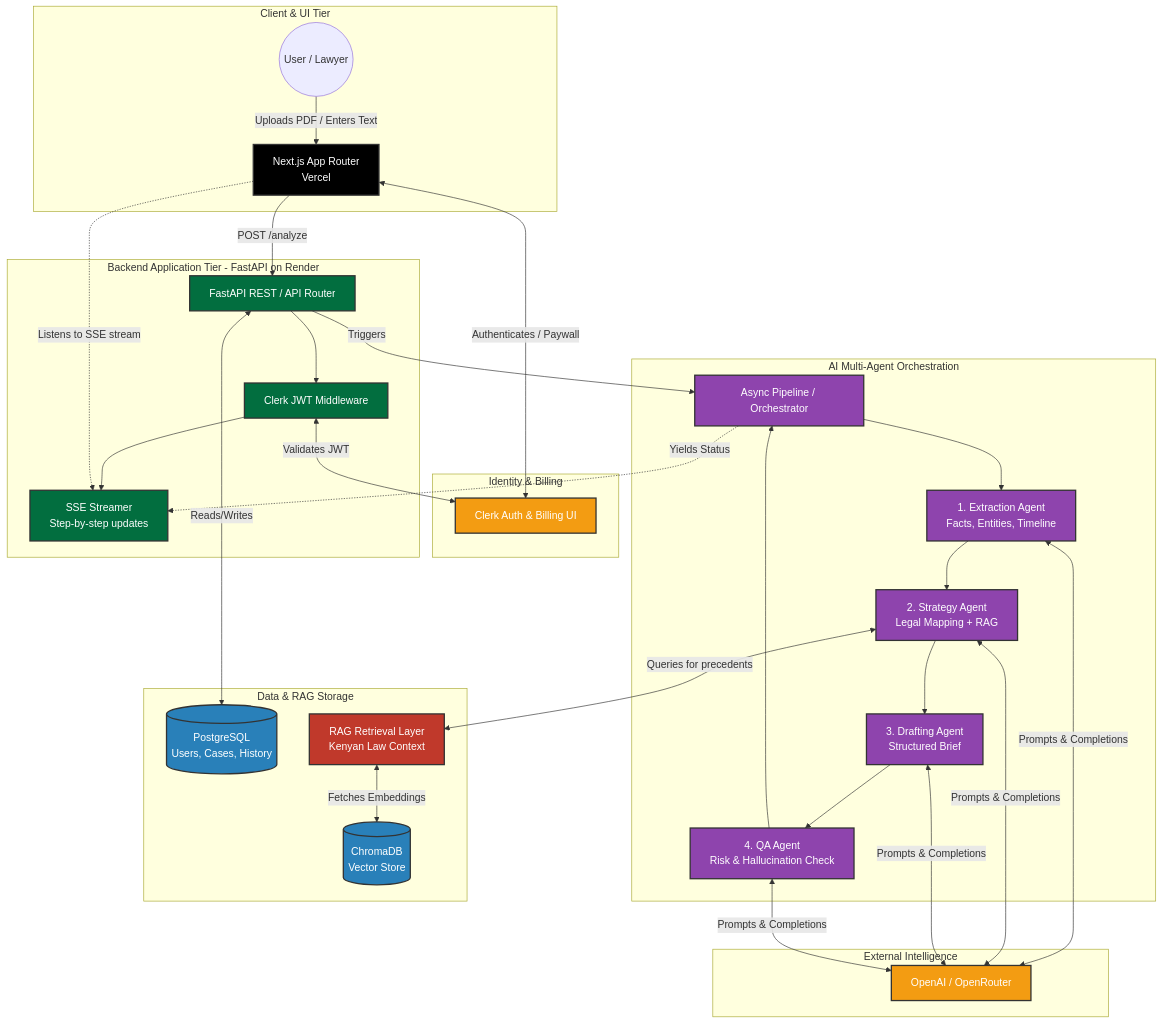
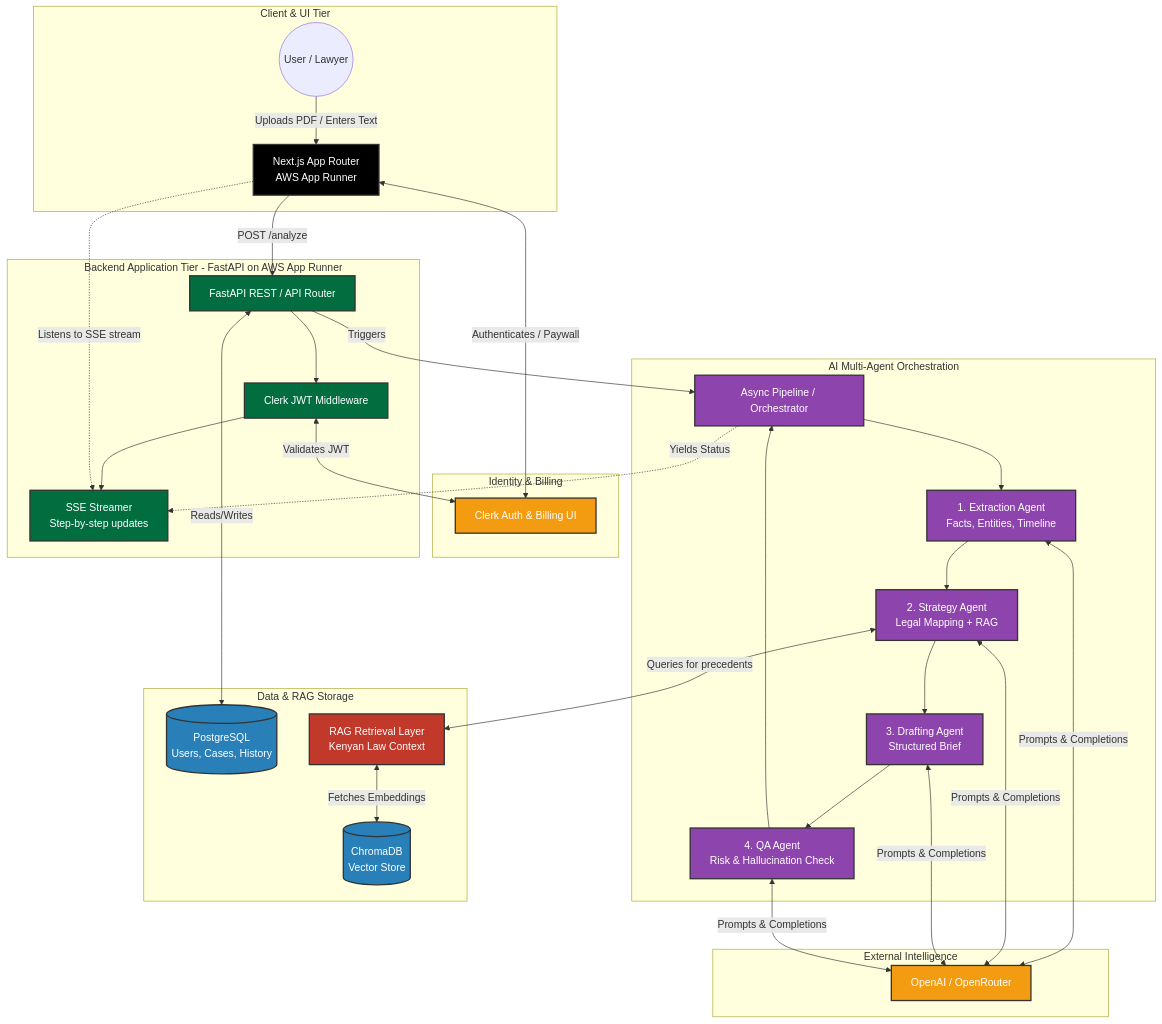
Before and after one commit to damola-sd/litigation_assistant: the diagram in README.md, drawn with Mermaid. The commit also changed other lines of this file and 4 other files, not shown here.

Commit message:
Update deployment instructions to AWS App Runner and Aurora Serverless v2 in documentation

````diff
--- a/README.md
+++ b/README.md
@@ -24,66 +24,66 @@
 ```mermaid
 flowchart TB
     classDef frontend fill:#000000,stroke:#333,stroke-width:2px,color:#fff
     classDef backend fill:#026e3f,stroke:#333,stroke-width:2px,color:#fff
     classDef external fill:#f39c12,stroke:#333,stroke-width:2px,color:#fff
     classDef database fill:#2980b9,stroke:#333,stroke-width:2px,color:#fff
     classDef agent fill:#8e44ad,stroke:#333,stroke-width:2px,color:#fff
     classDef rag fill:#c0392b,stroke:#333,stroke-width:2px,color:#fff
 
     subgraph Client_Tier [Client & UI Tier]
         U((User / Lawyer))
-        FE[Next.js App Router<br>Vercel]:::frontend
+        FE[Next.js App Router<br>AWS App Runner]:::frontend
     end
 
     subgraph External_Services[Identity & Billing]
         Clerk[Clerk Auth & Billing UI]:::external
     end
 
-    subgraph Backend_Tier [Backend Application Tier - FastAPI on Render]
+    subgraph Backend_Tier [Backend Application Tier - FastAPI on AWS App Runner]
         API_GW[FastAPI REST / API Router]:::backend
         Auth_MW[Clerk JWT Middleware]:::backend
         SSE[SSE Streamer<br>Step-by-step updates]:::backend
 
         API_GW --> Auth_MW
         Auth_MW --> SSE
     end
 
     subgraph AI_Pipeline[AI Multi-Agent Orchestration]
         Orchestrator[Async Pipeline / Orchestrator]:::agent
         A1[1. Extraction Agent<br>Facts, Entities, Timeline]:::agent
         A2[2. Strategy Agent<br>Legal Mapping + RAG]:::agent
         A3[3. Drafting Agent<br>Structured Brief]:::agent
         A4[4. QA Agent<br>Risk & Hallucination Check]:::agent
 
         Orchestrator --> A1
         A1 --> A2
         A2 --> A3
         A3 --> A4
         A4 --> Orchestrator
     end
 
     subgraph Data_Tier[Data & RAG Storage]
         DB[(PostgreSQL<br>Users, Cases, History)]:::database
         VD[(ChromaDB<br>Vector Store)]:::database
         RAG_Retriever[RAG Retrieval Layer<br>Kenyan Law Context]:::rag
     end
 
     subgraph LLM_Tier [External Intelligence]
         LLM[OpenAI / OpenRouter]:::external
     end
 
     U -->|Uploads PDF / Enters Text| FE
     FE <-->|Authenticates / Paywall| Clerk
     FE -->|POST /analyze| API_GW
     FE -.->|Listens to SSE stream| SSE
 
     API_GW <-->|Reads/Writes| DB
     Auth_MW <-->|Validates JWT| Clerk
     API_GW -->|Triggers| Orchestrator
     Orchestrator -.->|Yields Status| SSE
 
     A2 <-->|Queries for precedents| RAG_Retriever
     RAG_Retriever <-->|Fetches Embeddings| VD
 
     A1 & A2 & A3 & A4 <-->|Prompts & Completions| LLM
 ```
````
